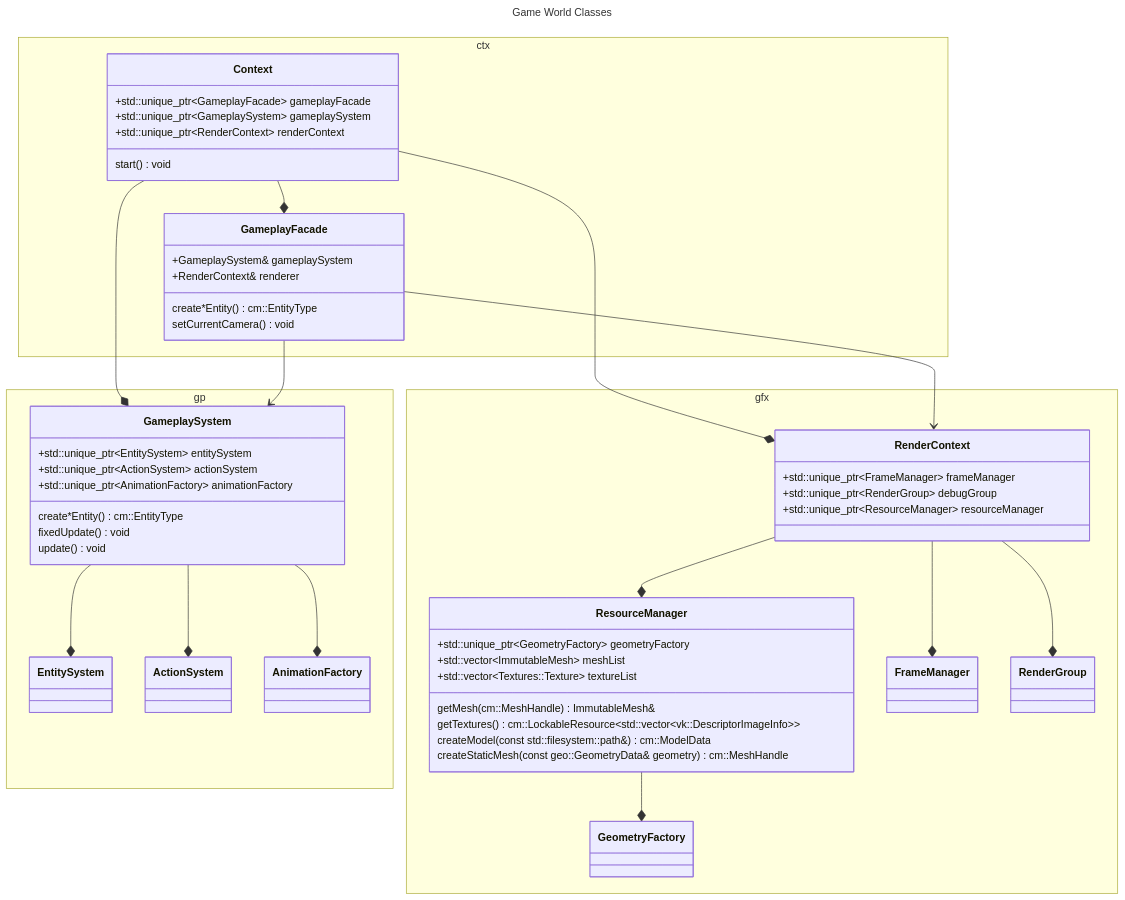
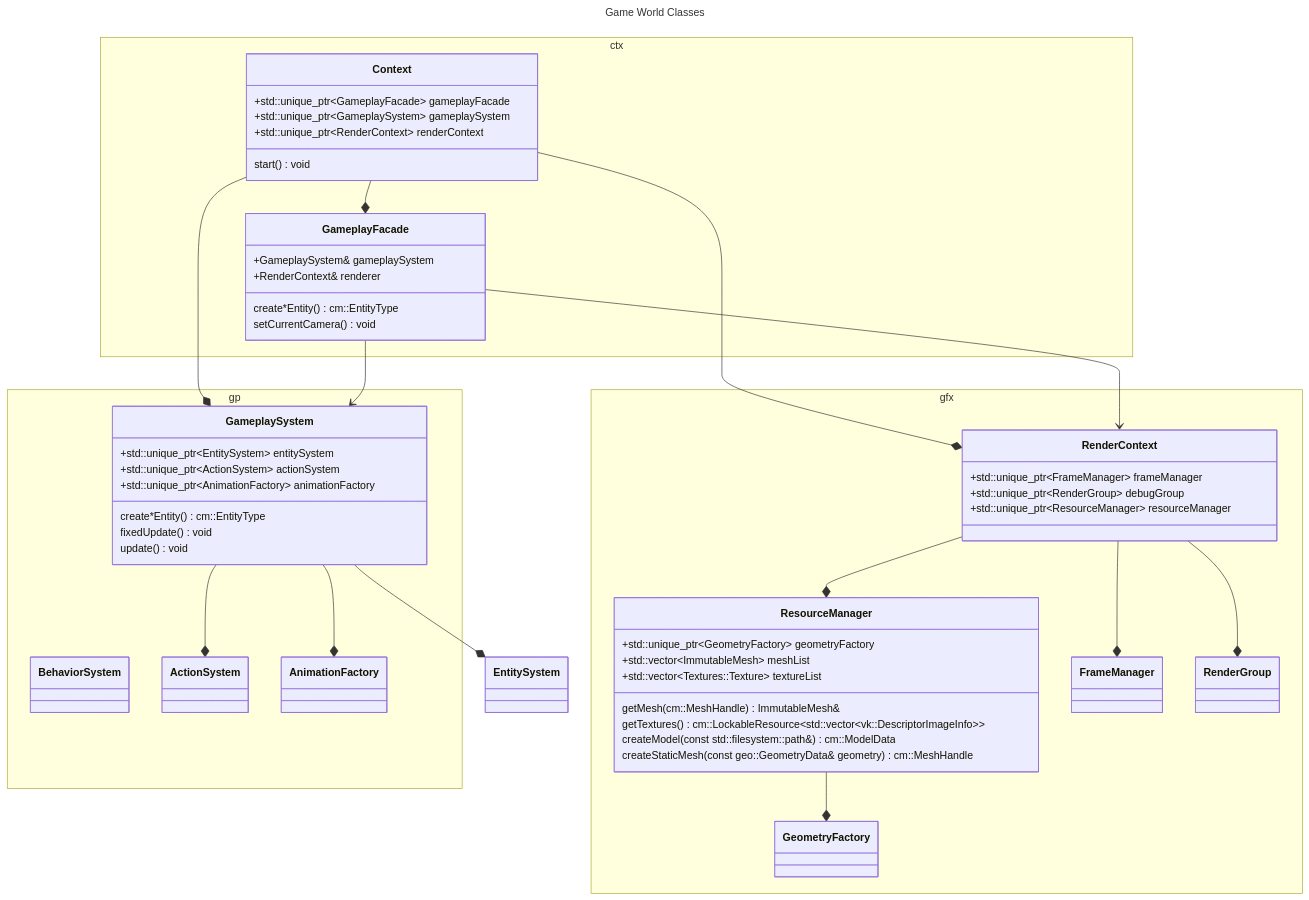
Before and after one commit to matt328/triton: the first of 4 diagrams in design.md, drawn with Mermaid. The commit also changed 55 other files, not shown here.

```diff
--- a/design.md
+++ b/design.md
@@ -248,7 +248,7 @@
       update() void
    }
 
-   class EntitySystem {
+   class BehaviorSystem {
 
    }
 
```
